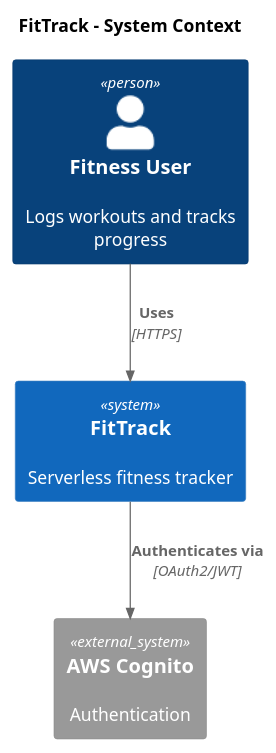
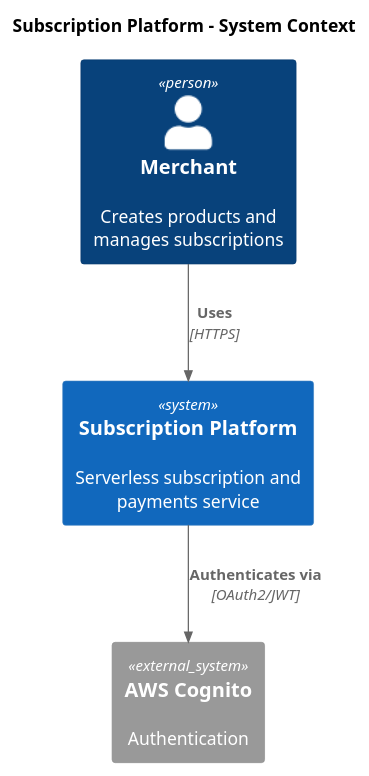
One commit to LabSoft-AI/SDP-Powered-by-AI-Agents-2026-04-06 changed the first of 2 diagrams in modules/module-2-architecture/README.md. Above: the diagram before and after it, drawn with PlantUML. The commit also changed other lines of this file and 4 other files, not shown here.

First line of the commit message:
#6 feat(course): replace FitTrack with Subscription Platform for Module 6

````diff
--- a/modules/module-2-architecture/README.md
+++ b/modules/module-2-architecture/README.md
@@ -276,14 +276,14 @@
 ```plantuml
 @startuml c4-context
 !include https://raw.githubusercontent.com/plantuml-stdlib/C4-PlantUML/master/C4_Context.puml
 
-title FitTrack - System Context
+title Subscription Platform - System Context
 
-Person(user, "Fitness User", "Logs workouts and tracks progress")
-System(fittrack, "FitTrack", "Serverless fitness tracker")
+Person(user, "Merchant", "Creates products and manages subscriptions")
+System(subplatform, "Subscription Platform", "Serverless subscription and payments service")
 System_Ext(cognito, "AWS Cognito", "Authentication")
 
-Rel(user, fittrack, "Uses", "HTTPS")
-Rel(fittrack, cognito, "Authenticates via", "OAuth2/JWT")
+Rel(user, subplatform, "Uses", "HTTPS")
+Rel(subplatform, cognito, "Authenticates via", "OAuth2/JWT")
 @enduml
 ```
````
